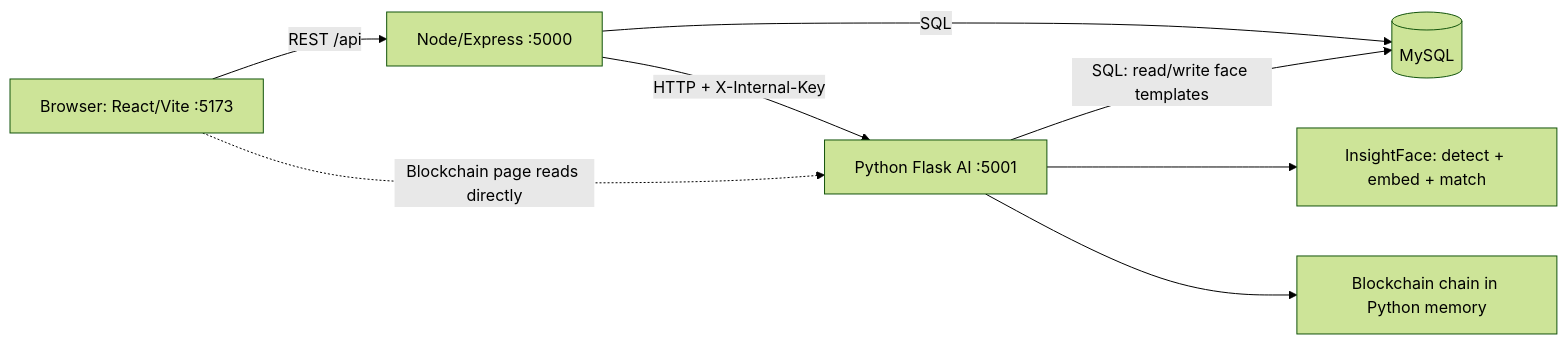
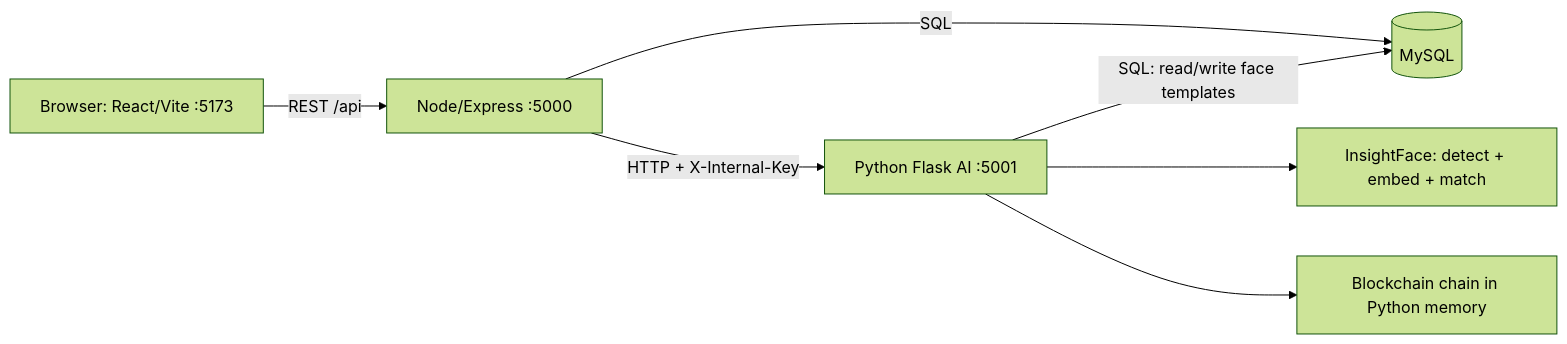
The diagram in PROJECT_GUIDE.md (LAKSHMI-144/BIOBLOCKVOTEE), drawn with Mermaid (forest theme) before and after one commit. The commit also changed other lines of this file and 9 other files, not shown here.

````diff
--- a/PROJECT_GUIDE.md
+++ b/PROJECT_GUIDE.md
@@ -31,10 +31,9 @@
 ```mermaid
 flowchart LR
   B[Browser: React/Vite :5173] -->|REST /api| N[Node/Express :5000]
   N -->|SQL| M[(MySQL)]
   N -->|HTTP + X-Internal-Key| P[Python Flask AI :5001]
   P -->|SQL: read/write face templates| M
   P --> F[InsightFace: detect + embed + match]
   P --> C[Blockchain chain in Python memory]
-  B -.->|Blockchain page reads directly| P
 ```
````
